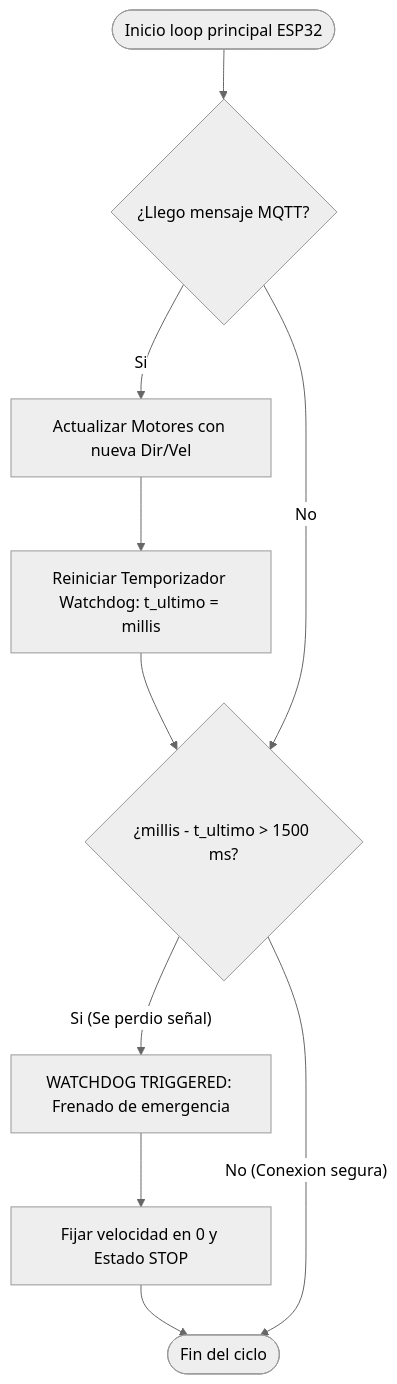
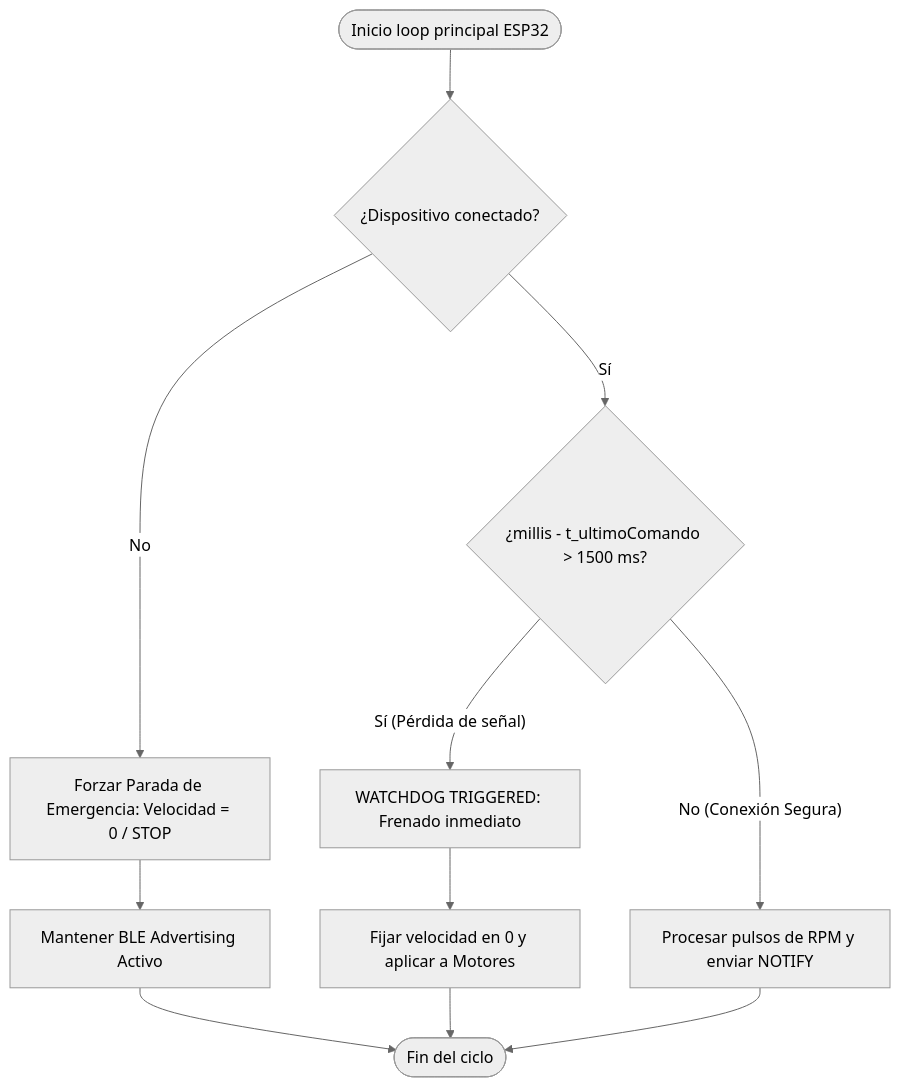
Before and after one commit to JuanLopezM31/IoT-FinalProject: the fourth of 5 diagrams in README.md, drawn with Mermaid (neutral theme). The commit also changed other lines of this file, not shown here.

First line of the commit message:
Revise README for BLE integration and system architecture

````diff
--- a/README.md
+++ b/README.md
@@ -161,16 +144,18 @@
 ```mermaid
 flowchart TD
-    Start([Inicio loop principal ESP32]) --> Recv{¿Llego mensaje MQTT?}
+    Start([Inicio loop principal ESP32]) --> CheckConn{¿Dispositivo conectado?}
     
-    Recv -- Si --> Update[Actualizar Motores con nueva Dir/Vel]
-    Update --> ResetWD[Reiniciar Temporizador Watchdog: t_ultimo = millis]
-    ResetWD --> CheckTime
+    CheckConn -- No --> ForceStop[Forzar Parada de Emergencia: Velocidad = 0 / STOP]
+    ForceStop --> ReAdvertise[Mantener BLE Advertising Activo]
+    ReAdvertise --> EndLoop
     
-    Recv -- No --> CheckTime{¿millis - t_ultimo > 1500 ms?}
+    CheckConn -- Sí --> CheckTime{¿millis - t_ultimoComando > 1500 ms?}
     
-    CheckTime -- Si (Se perdio señal) --> ActionWD[WATCHDOG TRIGGERED: Frenado de emergencia]
-    ActionWD --> SetStop[Fijar velocidad en 0 y Estado STOP]
-    SetStop --> EndLoop([Fin del ciclo])
+    CheckTime -- Sí (Pérdida de señal) --> ActionWD[WATCHDOG TRIGGERED: Frenado inmediato]
+    ActionWD --> ApplyStop[Fijar velocidad en 0 y aplicar a Motores]
     
-    CheckTime -- No (Conexion segura) --> EndLoop
+    CheckTime -- No (Conexión Segura) --> ReadSensors[Procesar pulsos de RPM y enviar NOTIFY]
+    
+    ApplyStop --> EndLoop([Fin del ciclo])
+    ReadSensors --> EndLoop
 ```
````
